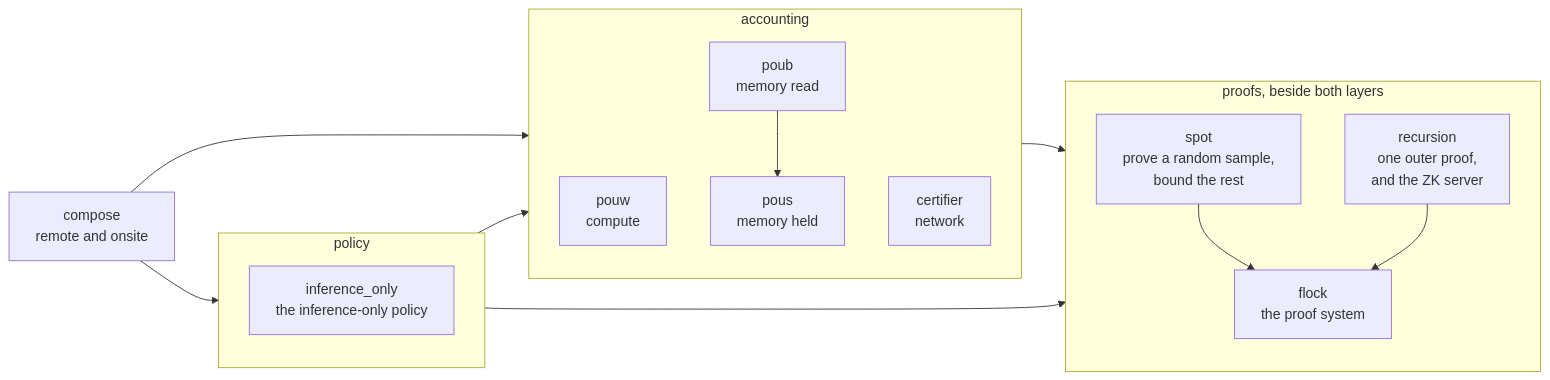
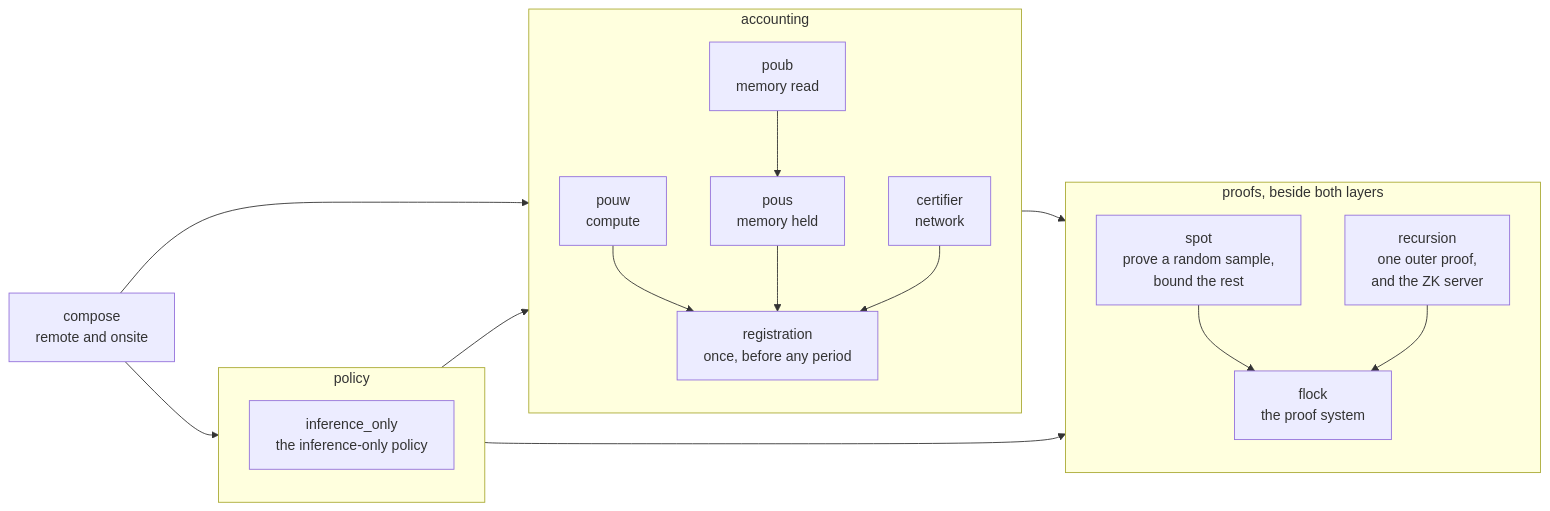
Before and after one commit to compute-verification/verity: the fourth of 5 diagrams in inbox/ARCHFILE-page.md, drawn with Mermaid. The commit also changed other lines of this file and 1 other file, not shown here.

Commit message:
inbox: ARCHFILE's export and brief, registration is an accounting protocol (Daniel, 11:58 PM PST)

````diff
--- a/inbox/ARCHFILE-page.md
+++ b/inbox/ARCHFILE-page.md
@@ -157,26 +153,30 @@
 ```mermaid
 flowchart LR
     compose["compose<br/>remote and onsite"]
     subgraph accounting["accounting"]
+        registration["registration<br/>once, before any period"]
         pouw["pouw<br/>compute"]
         pous["pous<br/>memory held"]
         poub["poub<br/>memory read"]
         certifier["certifier<br/>network"]
     end
     subgraph policy["policy"]
         io["inference_only<br/>the inference-only policy"]
     end
     subgraph proofs["proofs, beside both layers"]
         spot["spot<br/>prove a random sample,<br/>bound the rest"]
         recursion["recursion<br/>one outer proof,<br/>and the ZK server"]
         flock["flock<br/>the proof system"]
     end
     compose --> accounting
     compose --> policy
     policy --> accounting
     accounting --> proofs
     policy --> proofs
     poub --> pous
+    pouw --> registration
+    pous --> registration
+    certifier --> registration
     spot --> flock
     recursion --> flock
 ```
````
